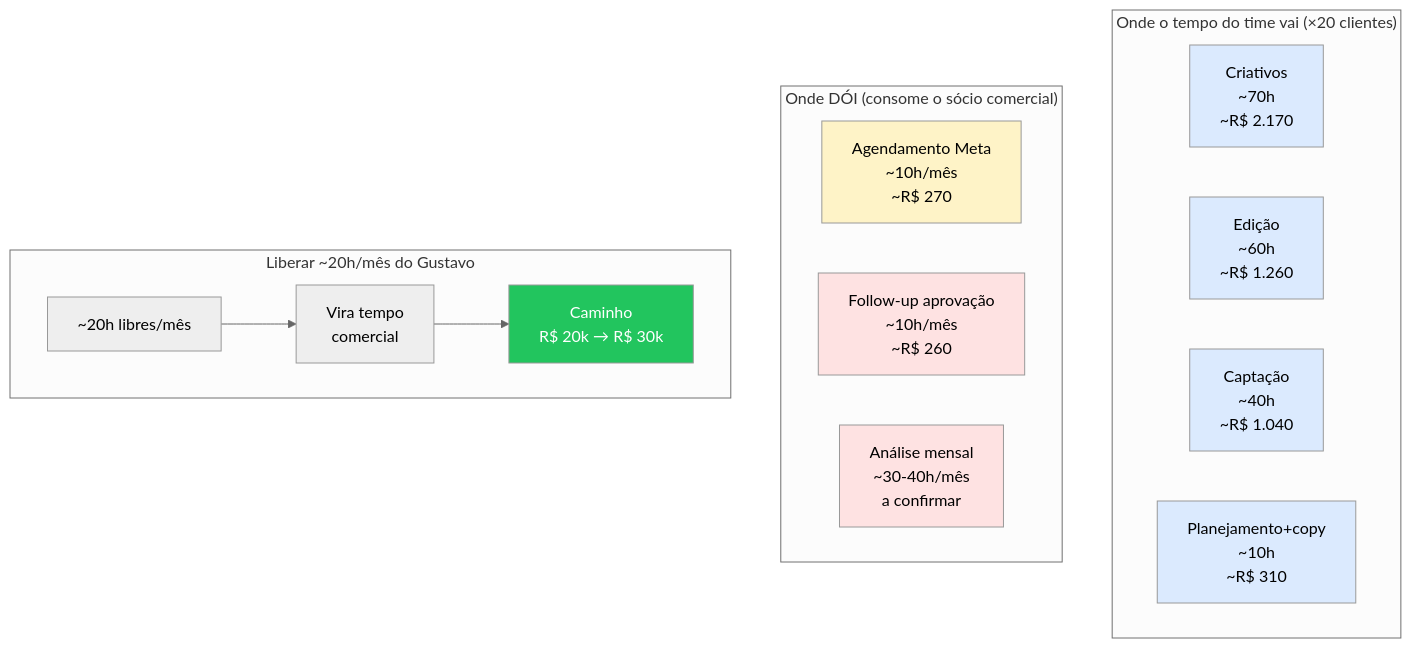
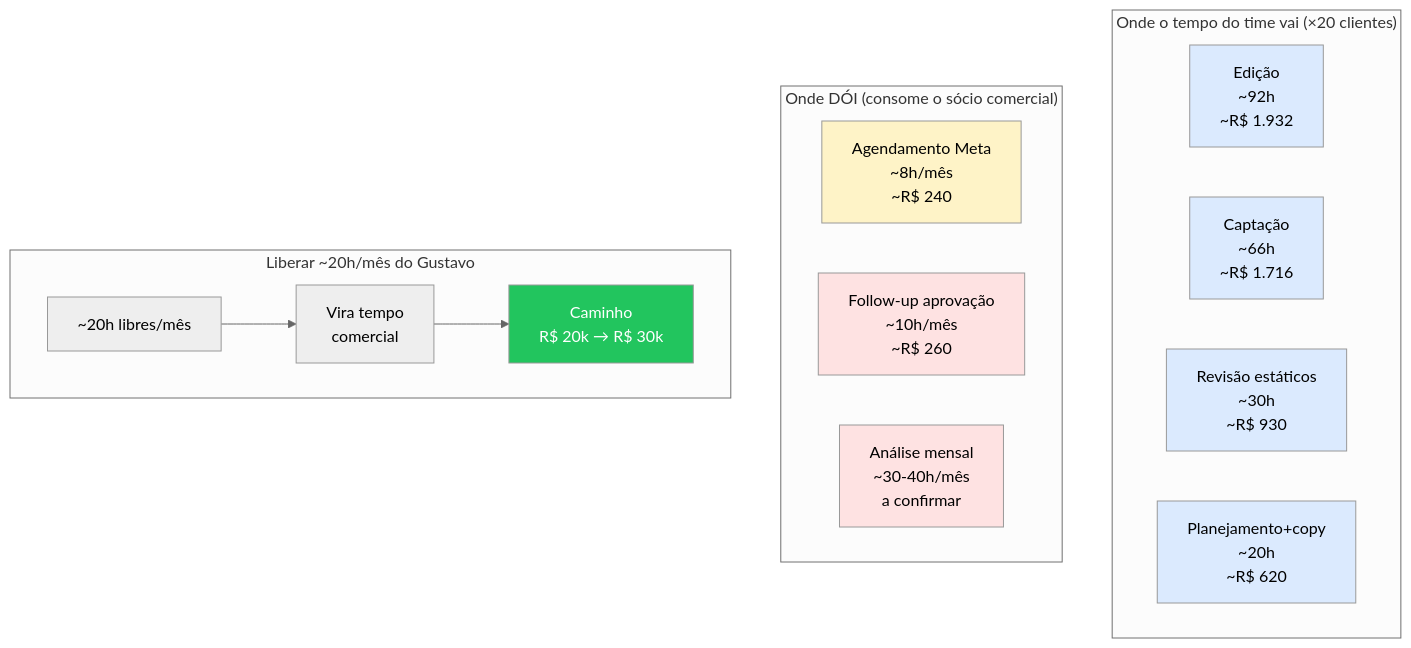
The third of 5 diagrams in areas/vendas/clientes/gustavo-bravo/projeto/2-pos-discovery/fluxos-miro.md (victor-igor/Eloscope-Cerebro), drawn with Mermaid (neutral theme) before and after one commit. The commit also changed 4 other files, not shown here.

````diff
--- a/areas/vendas/clientes/gustavo-bravo/projeto/2-pos-discovery/fluxos-miro.md
+++ b/areas/vendas/clientes/gustavo-bravo/projeto/2-pos-discovery/fluxos-miro.md
@@ -144,35 +144,35 @@
 ```mermaid
 flowchart TB
     subgraph TOPO [" Onde o tempo do time vai (×20 clientes) "]
         direction LR
-        T1[Criativos<br>~70h<br>~R$ 2.170]
-        T2[Edição<br>~60h<br>~R$ 1.260]
-        T3[Captação<br>~40h<br>~R$ 1.040]
-        T4[Planejamento+copy<br>~10h<br>~R$ 310]
+        T1[Edição<br>~92h<br>~R$ 1.932]
+        T2[Captação<br>~66h<br>~R$ 1.716]
+        T3[Revisão estáticos<br>~30h<br>~R$ 930]
+        T4[Planejamento+copy<br>~20h<br>~R$ 620]
     end
 
     subgraph CARO [" Onde DÓI (consome o sócio comercial) "]
         direction LR
-        D1[Agendamento Meta<br>~10h/mês<br>~R$ 270]
+        D1[Agendamento Meta<br>~8h/mês<br>~R$ 240]
         D2[Follow-up aprovação<br>~10h/mês<br>~R$ 260]
         D3[Análise mensal<br>~30-40h/mês<br>a confirmar]
     end
 
     subgraph LIBERA [" Liberar ~20h/mês do Gustavo "]
         direction LR
         L1[~20h libres/mês]
         L2[Vira tempo<br>comercial]
         L3[Caminho<br>R$ 20k → R$ 30k]
         L1 --> L2
         L2 --> L3
     end
 
     style T1 fill:#dbeafe
     style T2 fill:#dbeafe
     style T3 fill:#dbeafe
     style T4 fill:#dbeafe
     style D1 fill:#fef3c7
     style D2 fill:#fee2e2
     style D3 fill:#fee2e2
     style L3 fill:#22c55e,color:#fff
 ```
````
